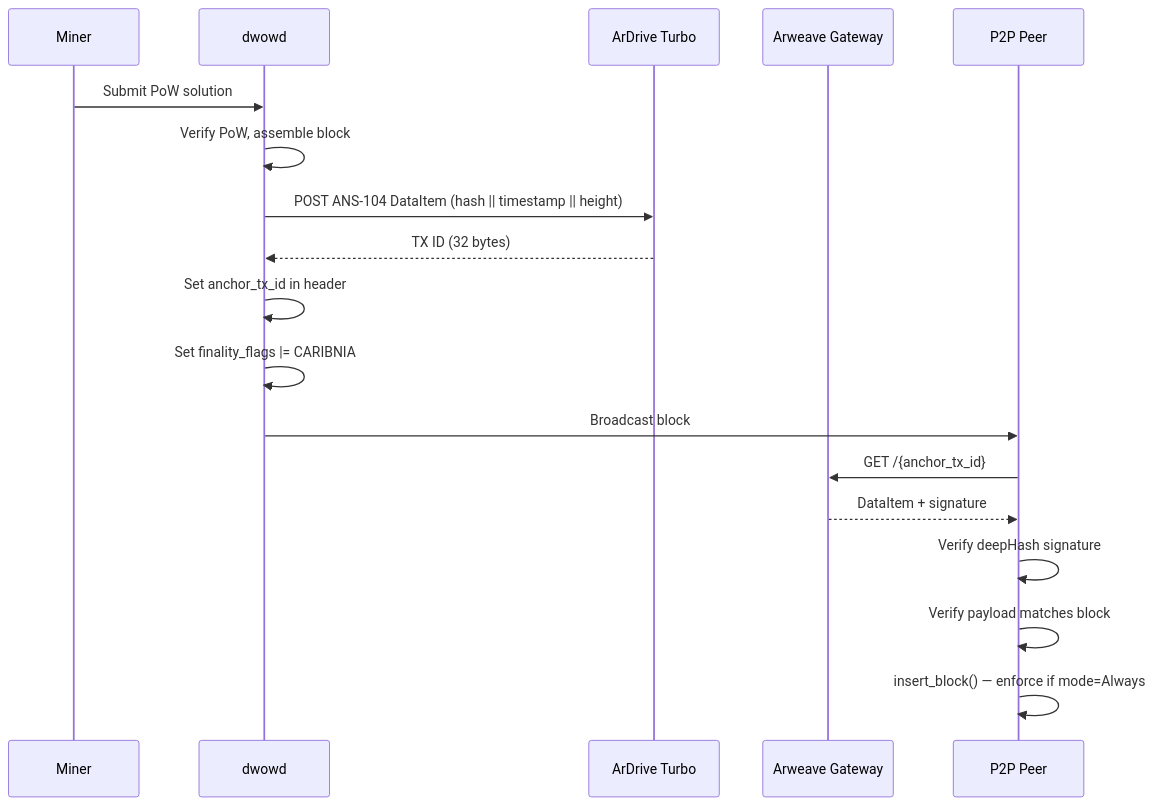
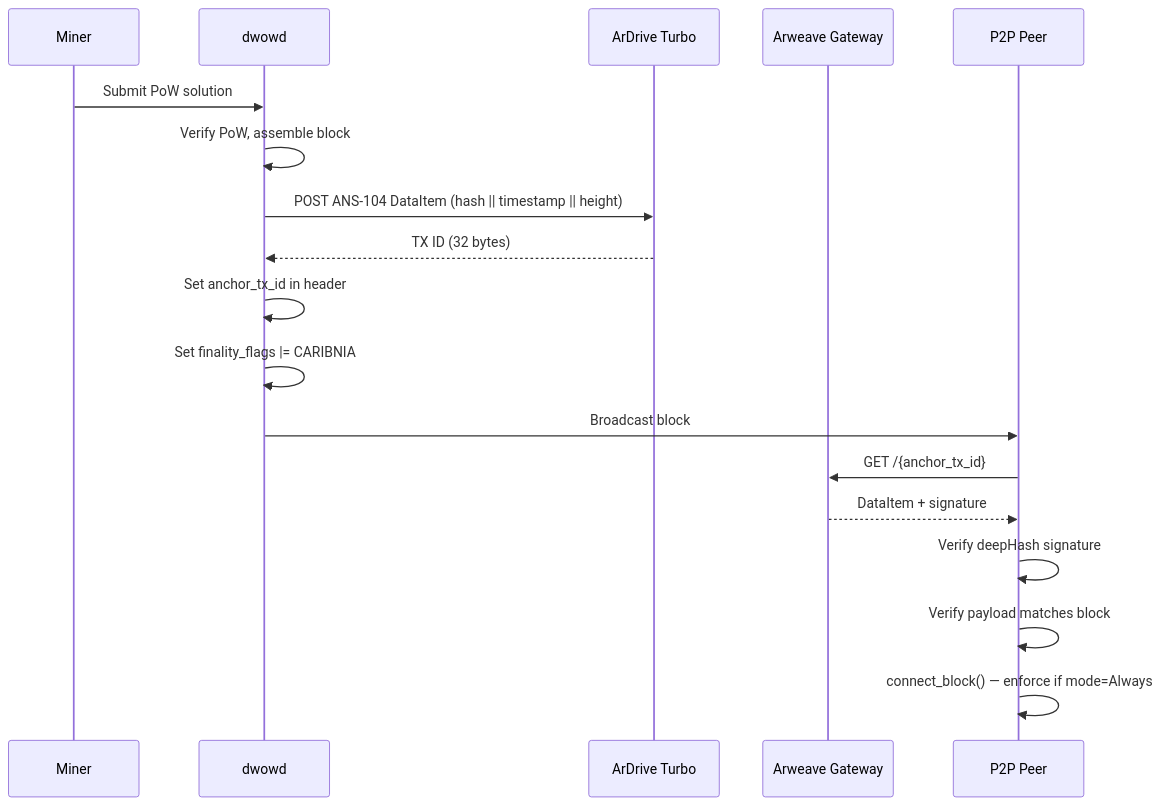
Before and after one commit to PatrickMockridge/DarkWow: the first of 3 diagrams in doc/src/arch/caribina.md, drawn with Mermaid. The commit also changed other lines of this file and 11 other files, not shown here.

````diff
--- a/doc/src/arch/caribina.md
+++ b/doc/src/arch/caribina.md
@@ -131,21 +131,21 @@
 ```mermaid
 sequenceDiagram
     participant Miner
     participant dwowd
     participant ArDrive as ArDrive Turbo
     participant Arweave as Arweave Gateway
     participant Peer as P2P Peer
 
     Miner->>dwowd: Submit PoW solution
     dwowd->>dwowd: Verify PoW, assemble block
     dwowd->>ArDrive: POST ANS-104 DataItem (hash || timestamp || height)
     ArDrive-->>dwowd: TX ID (32 bytes)
     dwowd->>dwowd: Set anchor_tx_id in header
     dwowd->>dwowd: Set finality_flags |= CARIBNIA
     dwowd->>Peer: Broadcast block
     Peer->>Arweave: GET /{anchor_tx_id}
     Arweave-->>Peer: DataItem + signature
     Peer->>Peer: Verify deepHash signature
     Peer->>Peer: Verify payload matches block
-    Peer->>Peer: insert_block() — enforce if mode=Always
+    Peer->>Peer: connect_block() — enforce if mode=Always
 ```
````
